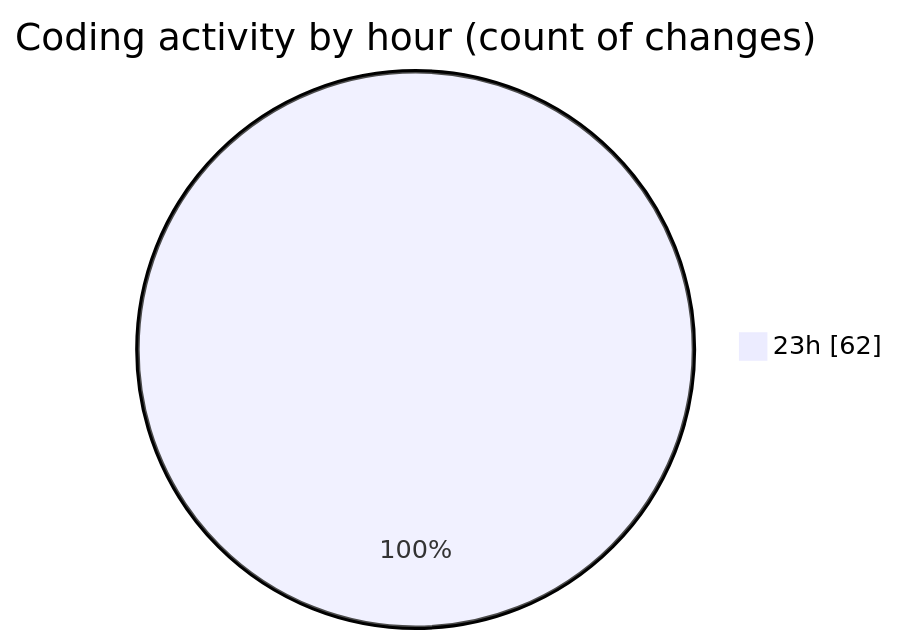
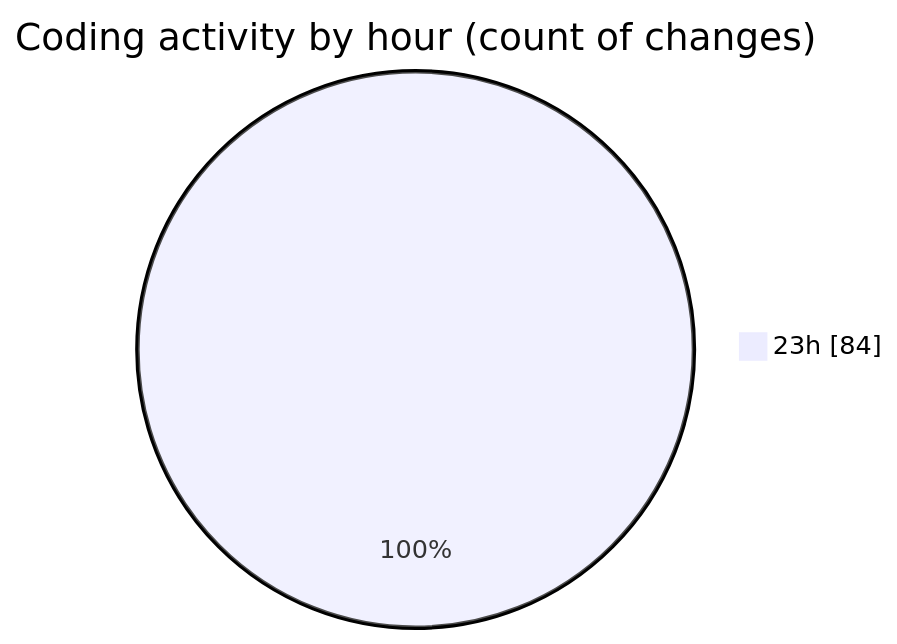
Before and after one commit to lephambinh05/code-tracking: the second of 2 diagrams in 2025-07-10/shopaccv1/README.md, drawn with Mermaid. The commit also changed other lines of this file and 1 other file, not shown here.

````diff
--- a/2025-07-10/shopaccv1/README.md
+++ b/2025-07-10/shopaccv1/README.md
@@ -62,5 +73,5 @@
 ```mermaid
 pie showData
 title Coding activity by hour (count of changes)
-"23h" : 62
+"23h" : 84
 ```
````
